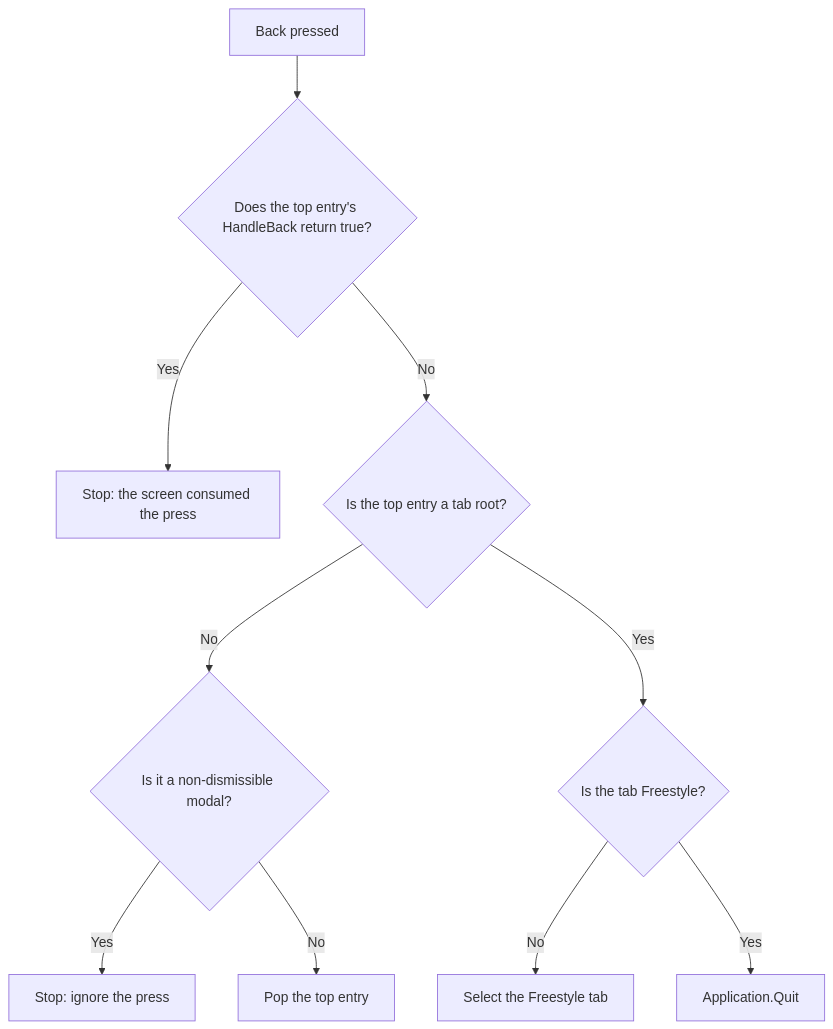
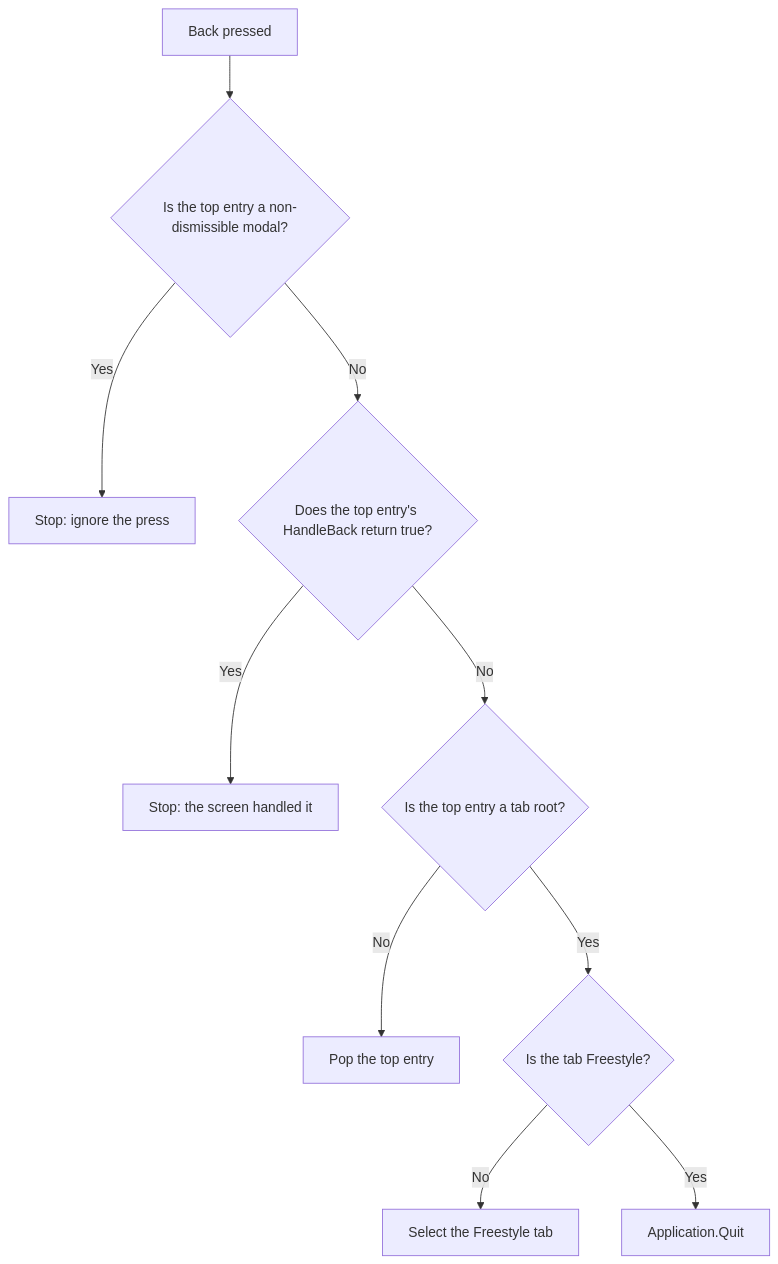
One commit to kahkaar/CaptainA_unity changed the third of 3 diagrams in docs/NEW/NAVIGATION.md. Above: the diagram before and after it, drawn with Mermaid. The commit also changed other lines of this file and 26 other files, not shown here.

Commit message:
feat(navigation): move ASA flow and freestyle to navigator

````diff
--- a/docs/NEW/NAVIGATION.md
+++ b/docs/NEW/NAVIGATION.md
@@ -106,12 +106,12 @@
 ```mermaid
 flowchart TD
-    press["Back pressed"] --> handled{"Does the top entry's HandleBack return true?"}
-    handled -- Yes --> consumed["Stop: the screen consumed the press"]
+    press["Back pressed"] --> blocked{"Is the top entry a non-dismissible modal?"}
+    blocked -- Yes --> ignored["Stop: ignore the press"]
+    blocked -- No --> handled{"Does the top entry's HandleBack return true?"}
+    handled -- Yes --> consumed["Stop: the screen handled it"]
     handled -- No --> root{"Is the top entry a tab root?"}
-    root -- No --> modal{"Is it a non-dismissible modal?"}
-    modal -- Yes --> ignored["Stop: ignore the press"]
-    modal -- No --> pop["Pop the top entry"]
+    root -- No --> pop["Pop the top entry"]
     root -- Yes --> freestyle{"Is the tab Freestyle?"}
     freestyle -- No --> select["Select the Freestyle tab"]
     freestyle -- Yes --> quit["Application.Quit"]
 ```
````
